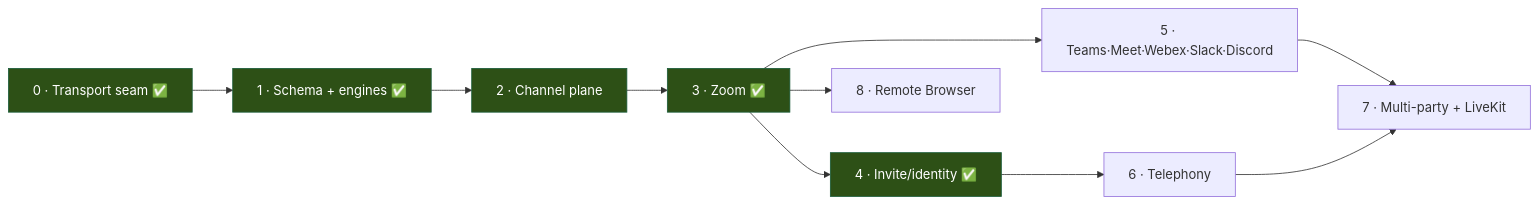
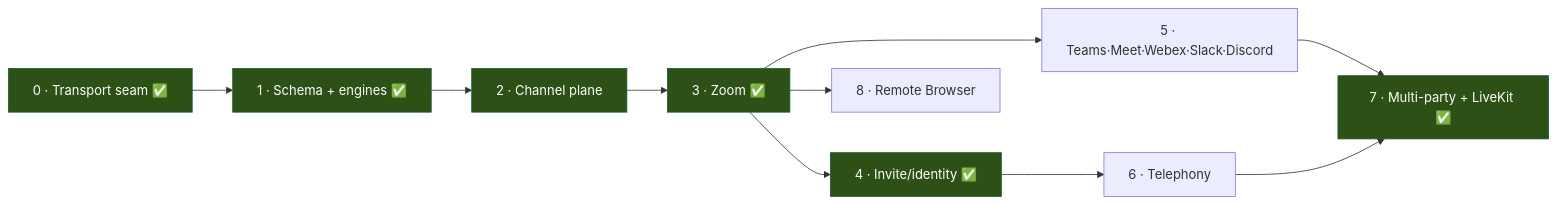
One commit to MemberJunction/MJ changed the sixth of 6 diagrams in guides/REALTIME_BRIDGES_GUIDE.md. Above: the diagram before and after it, drawn with Mermaid. The commit also changed other lines of this file and 16 other files, not shown here.

First line of the commit message:
feat(realtime-bridges): Phase 7 — LiveKit bridge (MJ-native room) + multi-agent coordination

````diff
--- a/guides/REALTIME_BRIDGES_GUIDE.md
+++ b/guides/REALTIME_BRIDGES_GUIDE.md
@@ -772,18 +818,19 @@
 ```mermaid
 graph LR
     P0["0 · Transport seam ✅"] --> P1["1 · Schema + engines ✅"]
     P1 --> P2["2 · Channel plane"]
     P2 --> P3["3 · Zoom ✅"]
     P3 --> P4["4 · Invite/identity ✅"]
     P3 --> P5["5 · Teams·Meet·Webex·Slack·Discord"]
     P4 --> P6["6 · Telephony"]
-    P5 --> P7["7 · Multi-party + LiveKit"]
+    P5 --> P7["7 · Multi-party + LiveKit ✅"]
     P6 --> P7
     P3 --> P8["8 · Remote Browser"]
 
     style P0 fill:#2d5016,stroke:#1a5c3a,color:#fff
     style P1 fill:#2d5016,stroke:#1a5c3a,color:#fff
     style P2 fill:#2d5016,stroke:#1a5c3a,color:#fff
     style P3 fill:#2d5016,stroke:#1a5c3a,color:#fff
     style P4 fill:#2d5016,stroke:#1a5c3a,color:#fff
+    style P7 fill:#2d5016,stroke:#1a5c3a,color:#fff
 ```
````
